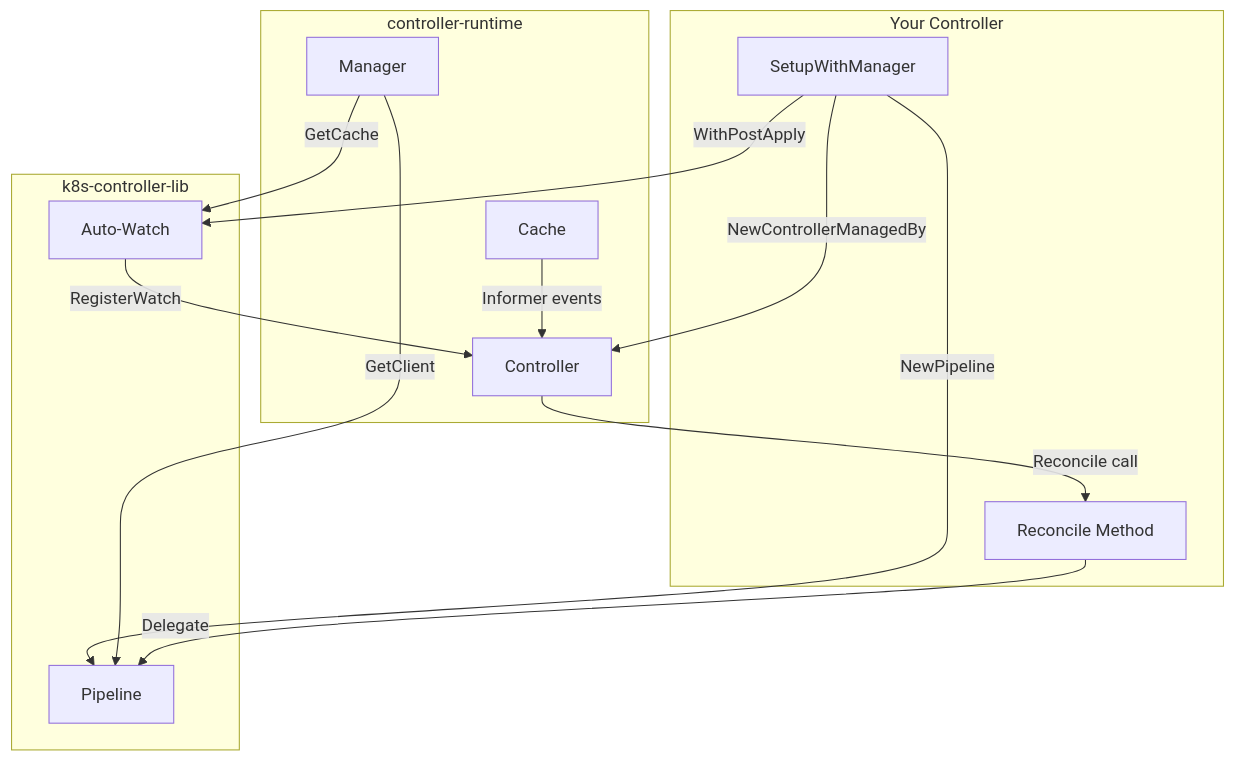
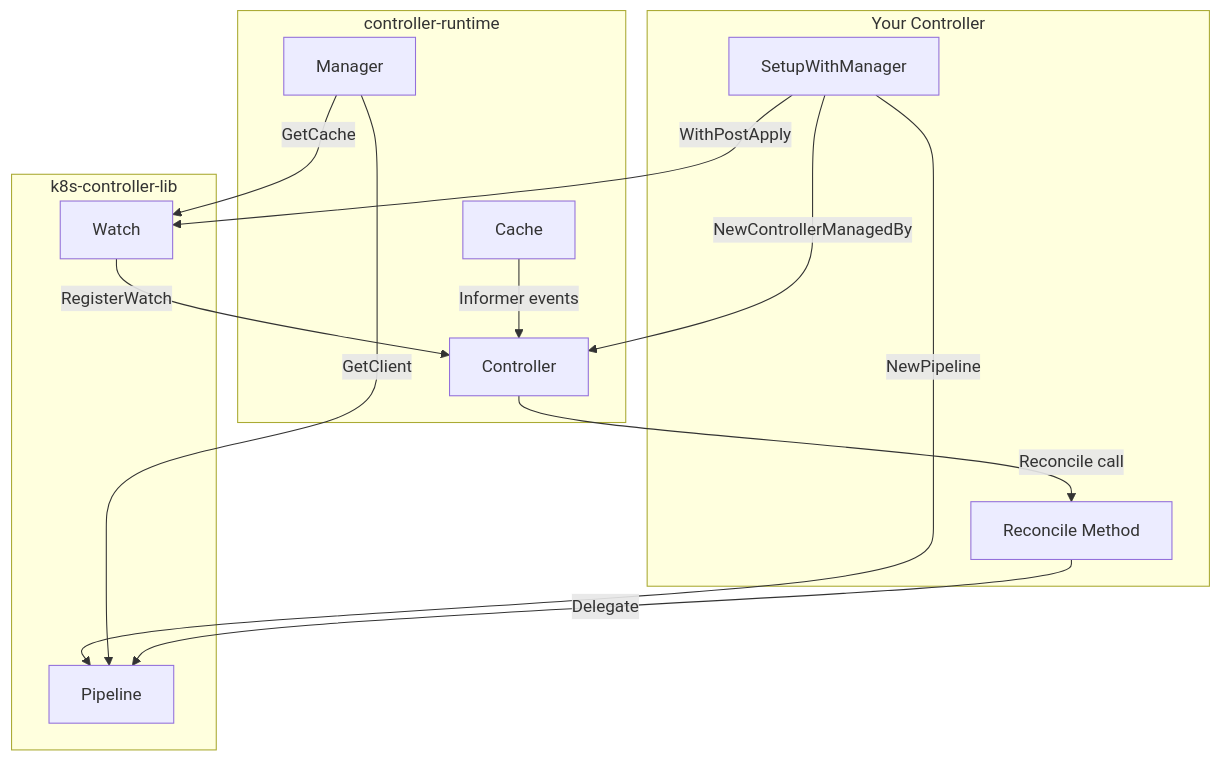
The fourth of 5 diagrams in docs/architecture.md (lburgazzoli/k8s-controller-lib), drawn with Mermaid before and after one commit. The commit also changed other lines of this file and 18 other files, not shown here.

````diff
--- a/docs/architecture.md
+++ b/docs/architecture.md
@@ -385,31 +385,31 @@
 ```mermaid
 graph TB
     subgraph "Your Controller"
         Setup[SetupWithManager]
         Reconcile[Reconcile Method]
     end
 
     subgraph "controller-runtime"
         Manager[Manager]
         Controller[Controller]
         Cache[Cache]
     end
 
     subgraph "k8s-controller-lib"
         Pipeline[Pipeline]
-        Watch[Auto-Watch]
+        Watch[Watch]
     end
 
     Setup -->|NewControllerManagedBy| Controller
     Setup -->|NewPipeline| Pipeline
     Setup -->|WithPostApply| Watch
     Watch -->|RegisterWatch| Controller
 
     Manager -->|GetClient| Pipeline
     Manager -->|GetCache| Watch
 
     Controller -->|Reconcile call| Reconcile
     Reconcile -->|Delegate| Pipeline
 
     Cache -->|Informer events| Controller
 ```
````
